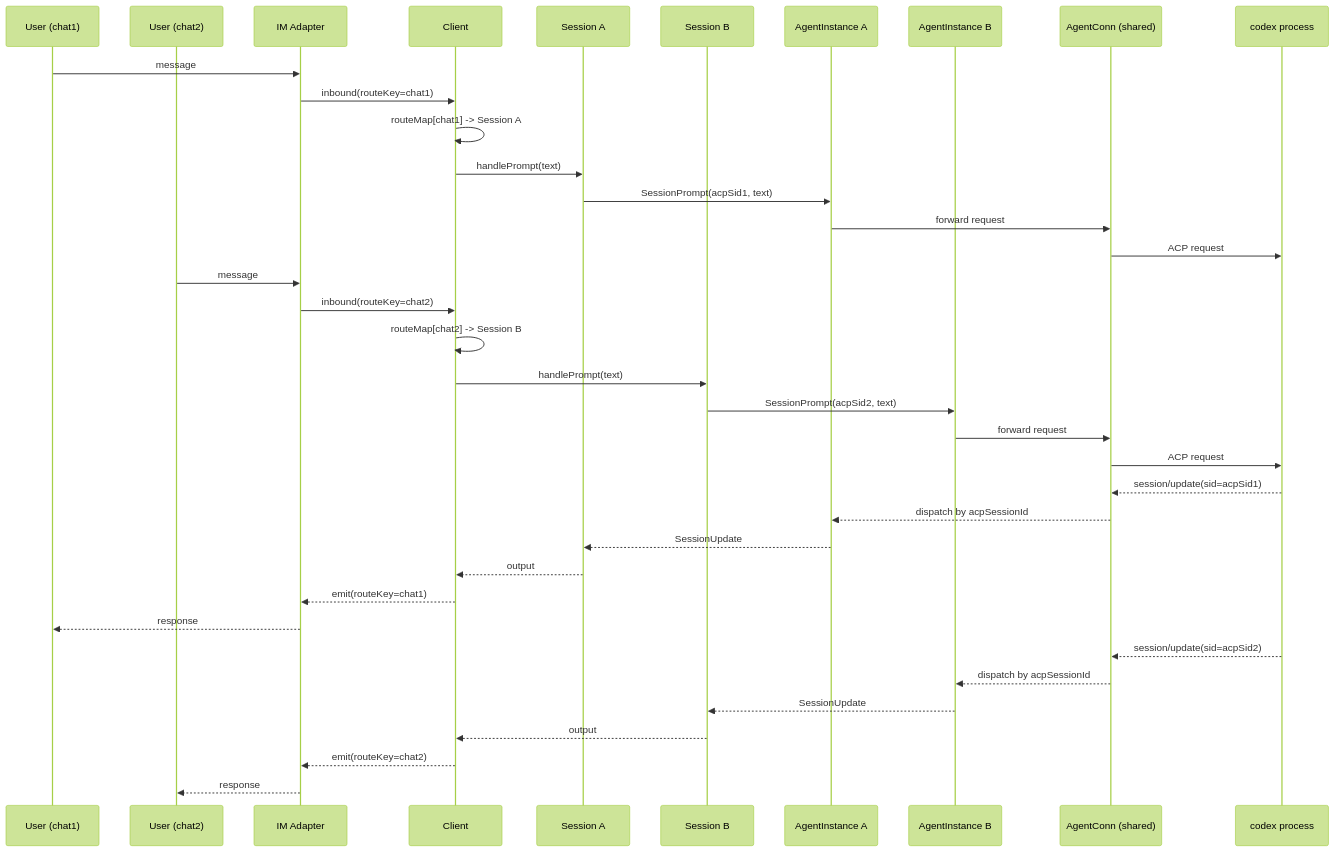
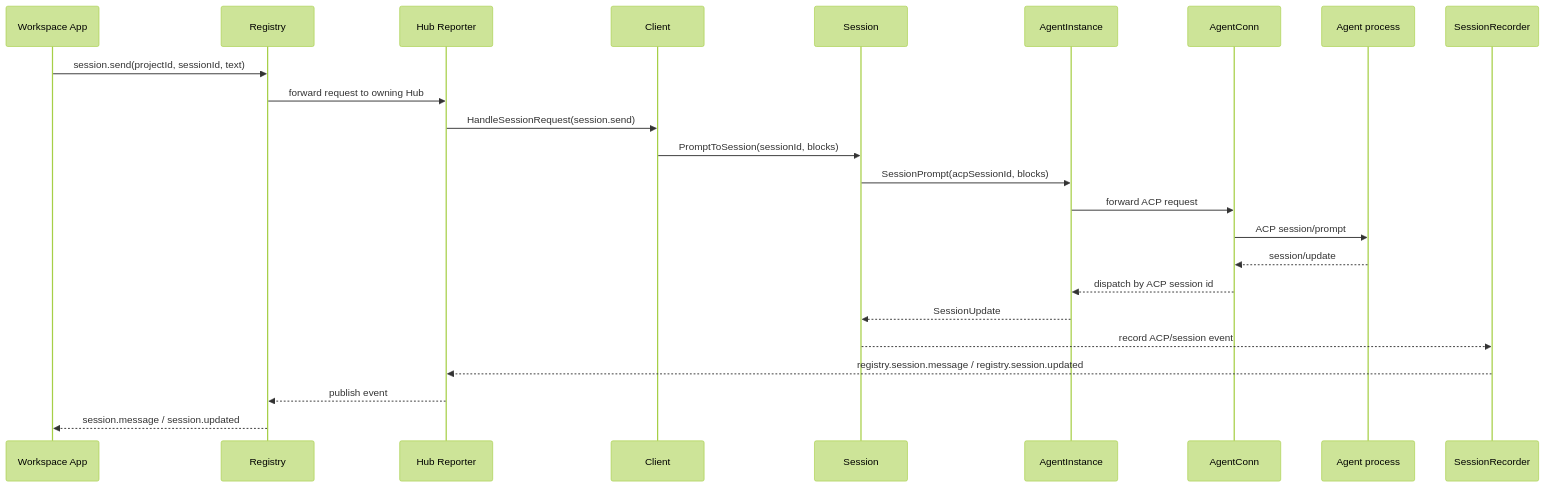
Before and after one commit to swm8023/WheelMaker: the second of 2 diagrams in docs/architecture-3.0.md, drawn with Mermaid (forest theme). The commit also changed other lines of this file and 2 other files, not shown here.

Commit message:
docs: align architecture with app-only sessions

````diff
--- a/docs/architecture-3.0.md
+++ b/docs/architecture-3.0.md
@@ -139,43 +149,28 @@
 ```mermaid
 sequenceDiagram
-    participant U1 as User (chat1)
-    participant U2 as User (chat2)
-    participant IM as IM Adapter
+    participant App as Workspace App
+    participant R as Registry
+    participant H as Hub Reporter
     participant C as Client
-    participant S1 as Session A
-    participant S2 as Session B
-    participant I1 as AgentInstance A
-    participant I2 as AgentInstance B
-    participant AC as AgentConn (shared)
-    participant A as codex process
+    participant S as Session
+    participant I as AgentInstance
+    participant AC as AgentConn
+    participant A as Agent process
+    participant Rec as SessionRecorder
 
-    U1->>IM: message
-    IM->>C: inbound(routeKey=chat1)
-    C->>C: routeMap[chat1] -> Session A
-    C->>S1: handlePrompt(text)
-    S1->>I1: SessionPrompt(acpSid1, text)
-    I1->>AC: forward request
-    AC->>A: ACP request
+    App->>R: session.send(projectId, sessionId, text)
+    R->>H: forward request to owning Hub
+    H->>C: HandleSessionRequest(session.send)
+    C->>S: PromptToSession(sessionId, blocks)
+    S->>I: SessionPrompt(acpSessionId, blocks)
+    I->>AC: forward ACP request
+    AC->>A: ACP session/prompt
 
-    U2->>IM: message
-    IM->>C: inbound(routeKey=chat2)
-    C->>C: routeMap[chat2] -> Session B
-    C->>S2: handlePrompt(text)
-    S2->>I2: SessionPrompt(acpSid2, text)
-    I2->>AC: forward request
-    AC->>A: ACP request
-
-    A-->>AC: session/update(sid=acpSid1)
-    AC-->>I1: dispatch by acpSessionId
-    I1-->>S1: SessionUpdate
-    S1-->>C: output
-    C-->>IM: emit(routeKey=chat1)
-    IM-->>U1: response
-
-    A-->>AC: session/update(sid=acpSid2)
-    AC-->>I2: dispatch by acpSessionId
-    I2-->>S2: SessionUpdate
-    S2-->>C: output
-    C-->>IM: emit(routeKey=chat2)
-    IM-->>U2: response
+    A-->>AC: session/update
+    AC-->>I: dispatch by ACP session id
+    I-->>S: SessionUpdate
+    S-->>Rec: record ACP/session event
+    Rec-->>H: registry.session.message / registry.session.updated
+    H-->>R: publish event
+    R-->>App: session.message / session.updated
 ```
````
